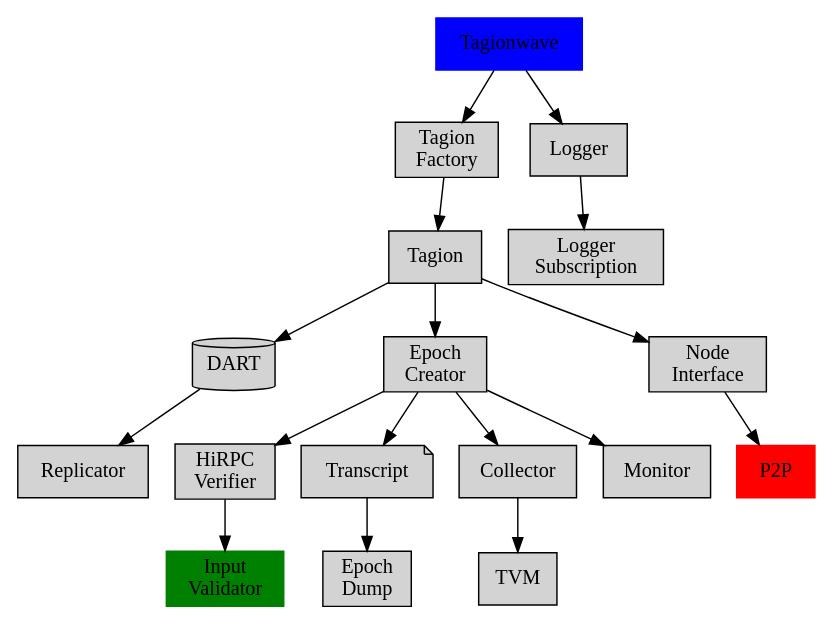
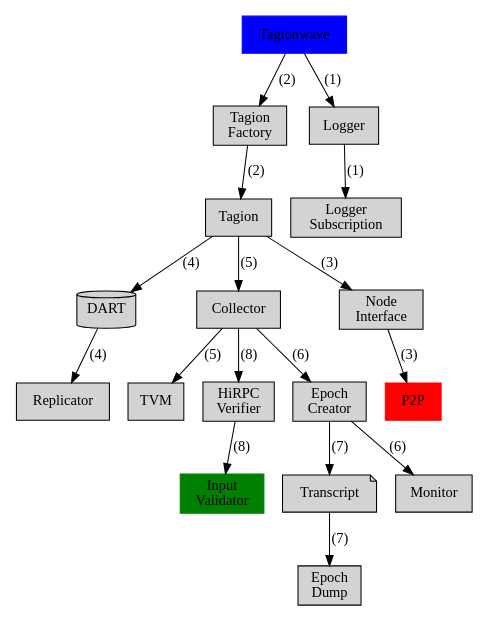
One commit to tagion/tagion changed the second of 2 diagrams in documents/architecture/Network_Architecture.md. Above: the diagram before and after it, drawn with Graphviz. The commit also changed other lines of this file, not shown here.

Commit message:
DONE: Network_Architecture.md boot order added to hierarchy

````diff
--- a/documents/architecture/Network_Architecture.md
+++ b/documents/architecture/Network_Architecture.md
@@ -76,39 +76,35 @@
 ```graphviz
 digraph tagion_hierarchy {
     rankdir=UD;
     size="8,5"
    node [style=filled shape=rect]
    Input [href="#/documents/architecture/InputValidator.md" label="Input\nValidator" color=green ]
 Tagion [href="#/documents/architecture/Tagion.md"]
 Tagionwave [color=blue]
 TagionFactory [href="#/documents/architecture/Collector.md" label="Tagion\nFactory"]
 TVM [href="#/documents/architecture/TVM.md"] 
 DART [href="#/documents/architecture/DART.md" shape = cylinder]
 Replicator [href="#/documents/architecture/Replicator.md"] 
 HiRPCVerifier [href="#/documents/architecture/HiRPCVerifier.md" label="HiRPC\nVerifier"]
 Transcript [href="#/documents/architecture/Transcript.md" shape = note]
 Collector [href="#/documents/architecture/Collector.md" shape=rect]
 EpochCreator [href="#/documents/architecture/EpochCreator.md" label="Epoch\nCreator"]
 EpochDump [href="#/documents/architecture/EpochDump.md" label="Epoch\nDump"]
 NodeInterface [href="#/documents/architecture/NodeInterface.md" lshape=rect label="Node\nInterface"]
 P2P [href="#/documents/architecture/P2P.md" color=red]
 LoggerSubscription [href="#/documents/architecture/LoggerSubscription.md" label="Logger\nSubscription"]
 Logger [href="#/documents/architecture/Logger.md"] 
 Monitor [href="#/documents/architecture/Monitor.md"] 
 node [shape = rect];
-	Tagionwave -> Logger -> LoggerSubscription;
-	Tagionwave -> TagionFactory;
-	TagionFactory -> Tagion;
-	Tagion -> NodeInterface -> P2P;
-	DART -> Replicator;
-	Tagion -> DART;
-    Tagion -> EpochCreator;
-	EpochCreator -> HiRPCVerifier;
-	EpochCreator -> Transcript;
-	EpochCreator -> Collector;
-	Transcript -> EpochDump;
-	EpochCreator -> Monitor;
-	Collector -> TVM;
-	HiRPCVerifier -> Input;
+	Tagionwave -> Logger -> LoggerSubscription [label="(1)"];
+	Tagionwave -> TagionFactory [label="(2)"];
+	TagionFactory -> Tagion [label="(2)"];
+	Tagion -> NodeInterface -> P2P [label="(3)"];
+	Tagion -> DART -> Replicator [label="(4)"];
+    Tagion -> Collector -> TVM [label="(5)"];
+    Collector -> EpochCreator [label="(6)"];
+	EpochCreator -> Transcript -> EpochDump [label="(7)"];
+	EpochCreator -> Monitor [label="(6)"];
+	Collector -> HiRPCVerifier -> Input [label="(8)"];
 }
 ```
````
